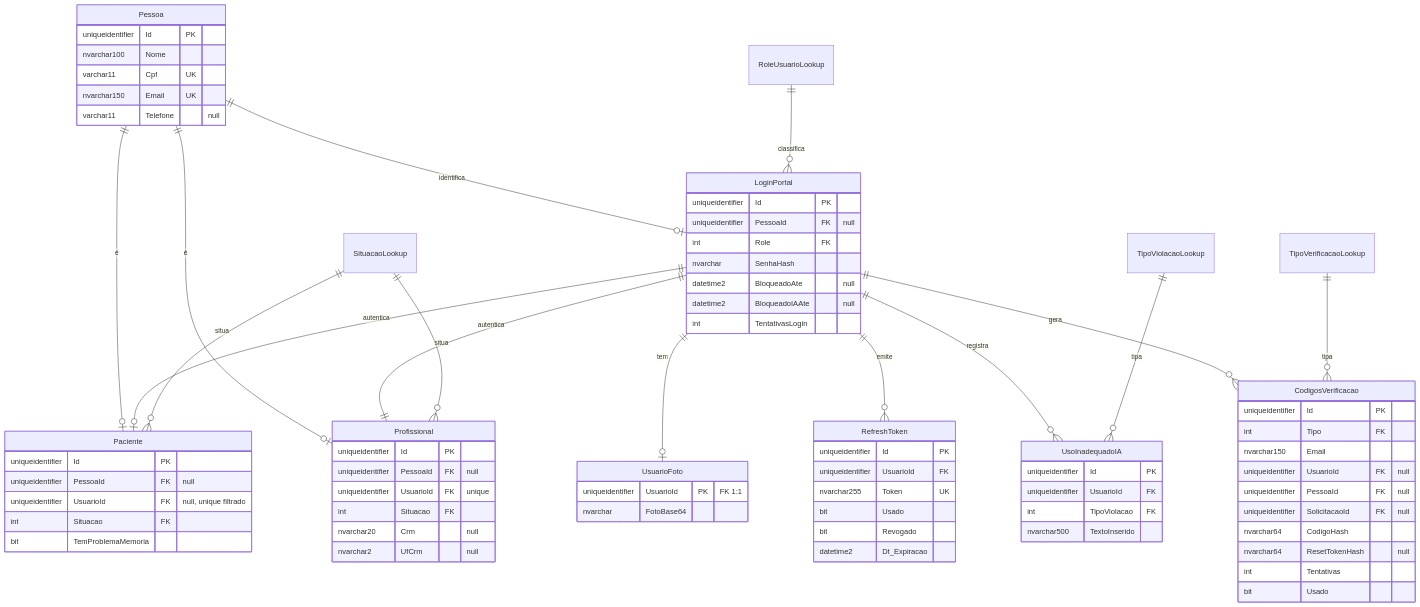
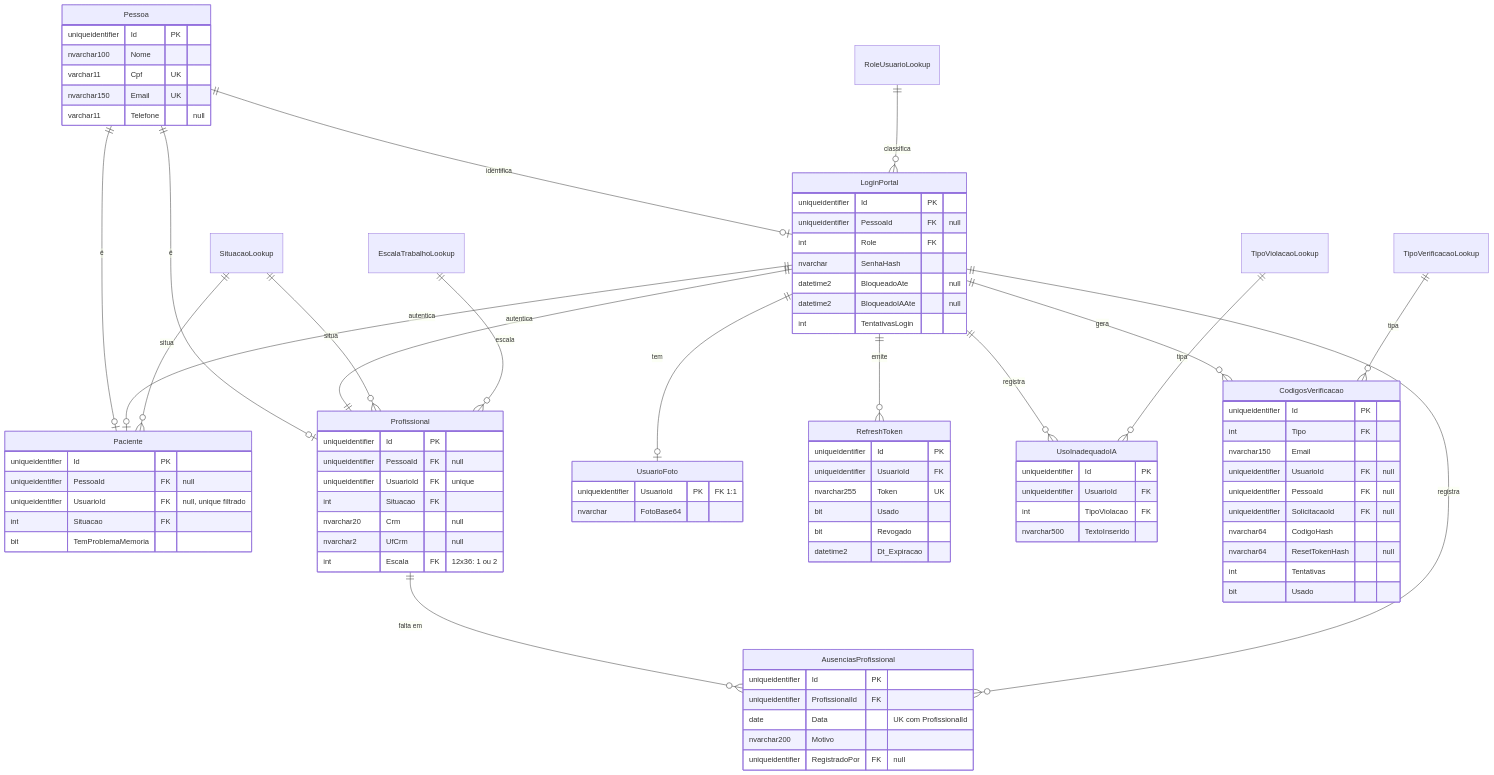
One commit to daniel-santoss/PIM_III_ClinicaMaisSaude changed the first of 2 diagrams in docs/banco/MODELO_DADOS.md. Above: the diagram before and after it, drawn with Mermaid. The commit also changed other lines of this file and 6 other files, not shown here.

```diff
--- a/docs/banco/MODELO_DADOS.md
+++ b/docs/banco/MODELO_DADOS.md
@@ -45,6 +45,9 @@
     RoleUsuarioLookup ||--o{ LoginPortal : "classifica"
     SituacaoLookup ||--o{ Paciente : "situa"
     SituacaoLookup ||--o{ Profissional : "situa"
+    EscalaTrabalhoLookup ||--o{ Profissional : "escala"
+    Profissional ||--o{ AusenciasProfissional : "falta em"
+    LoginPortal ||--o{ AusenciasProfissional : "registra"
     TipoVerificacaoLookup ||--o{ CodigosVerificacao : "tipa"
     TipoViolacaoLookup ||--o{ UsoInadequadoIA : "tipa"
 
@@ -78,6 +81,14 @@
         int Situacao FK
         nvarchar20 Crm "null"
         nvarchar2 UfCrm "null"
+        int Escala FK "12x36: 1 ou 2"
+    }
+    AusenciasProfissional {
+        uniqueidentifier Id PK
+        uniqueidentifier ProfissionalId FK
+        date Data "UK com ProfissionalId"
+        nvarchar200 Motivo
+        uniqueidentifier RegistradoPor FK "null"
     }
     UsuarioFoto {
         uniqueidentifier UsuarioId PK "FK 1:1"
```
